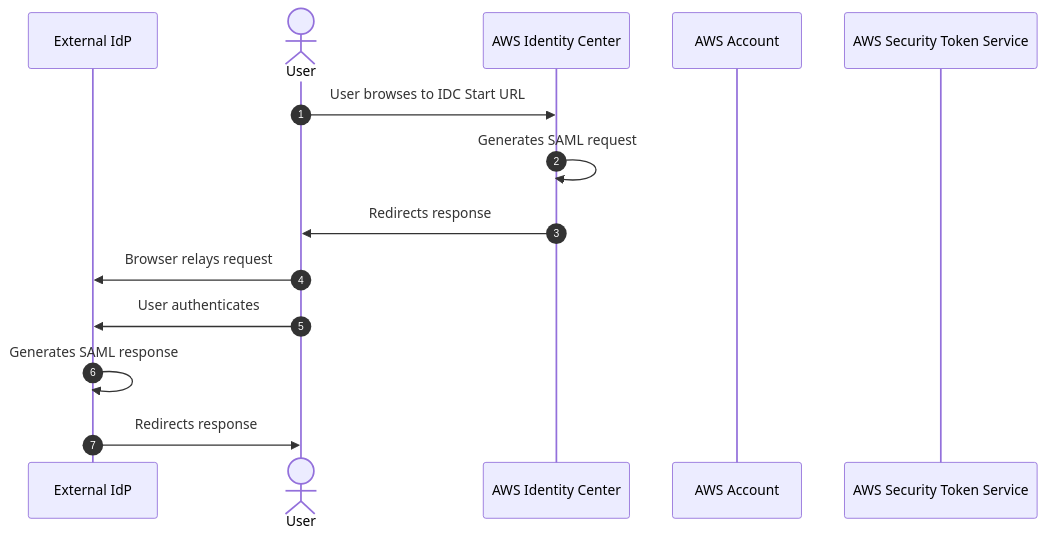
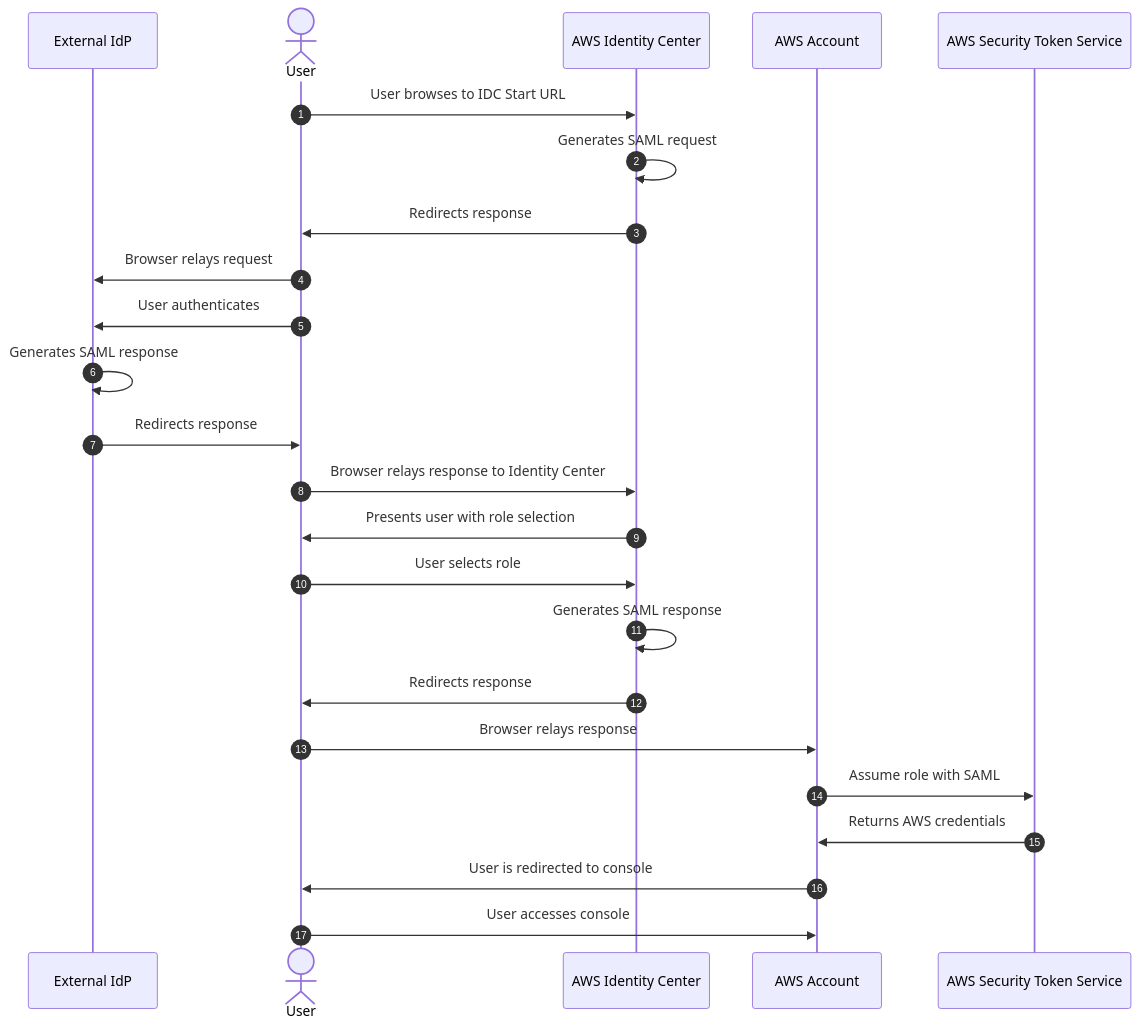
One commit to keshavbaweja-git/workshops changed the diagram in identity-center/flow.md. Above: the diagram before and after it, drawn with Mermaid.

Commit message:
Identity Center

````diff
--- a/identity-center/flow.md
+++ b/identity-center/flow.md
@@ -1,16 +1,26 @@
 ```mermaid
 sequenceDiagram
     participant eidp as External IdP
     actor user as User
     participant idc as AWS Identity Center
     participant account as AWS Account
     participant sts as AWS Security Token Service
     autonumber
     user->>idc: User browses to IDC Start URL
     idc->>idc: Generates SAML request
     idc->>user: Redirects response
     user->>eidp: Browser relays request
     user->>eidp: User authenticates
     eidp->>eidp: Generates SAML response
     eidp->>user: Redirects response
+    user->>idc: Browser relays response to Identity Center
+    idc->>user: Presents user with role selection
+    user->>idc: User selects role
+    idc->>idc: Generates SAML response
+    idc->>user: Redirects response
+    user->>account: Browser relays response
+    account->>sts: Assume role with SAML
+    sts->>account: Returns AWS credentials
+    account->>user: User is redirected to console
+    user->>account: User accesses console
 ```
````
